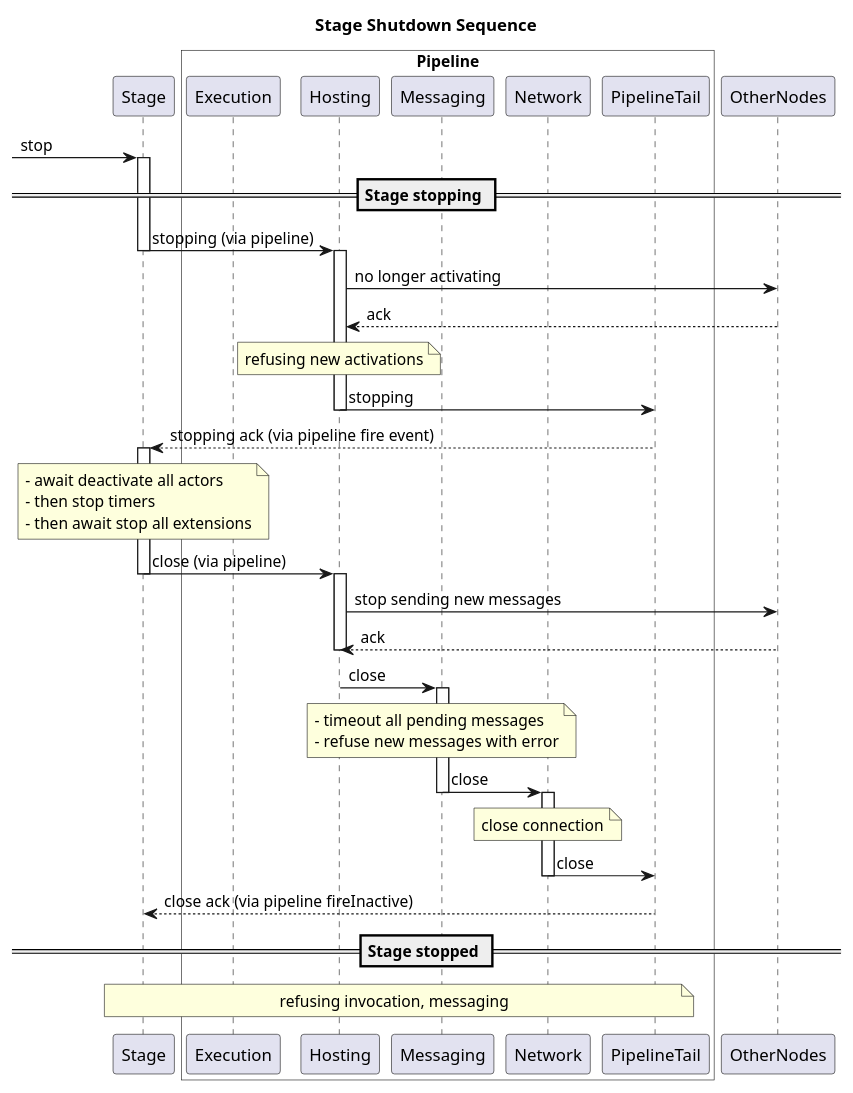
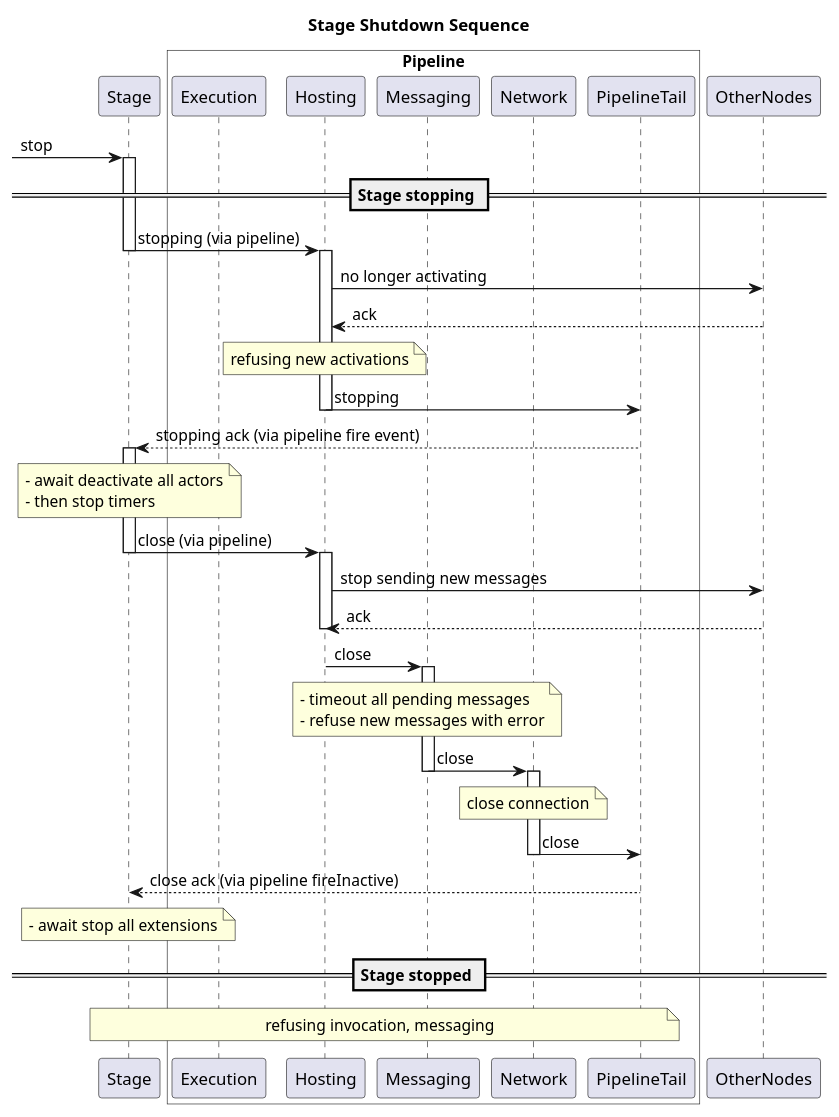
Before and after one commit to orbit/orbit: the diagram in actors/runtime/src/main/java/cloud/orbit/actors/runtime/shutdownSequence.puml, drawn with PlantUML. The commit also changed 1 other file, not shown here.

Commit message:
Shutdown extensions as the last step during stage shutdown. Addresses issue #149

```diff
--- a/actors/runtime/src/main/java/cloud/orbit/actors/runtime/shutdownSequence.puml
+++ b/actors/runtime/src/main/java/cloud/orbit/actors/runtime/shutdownSequence.puml
@@ -1,68 +1,71 @@
 @startuml
 
 title Stage Shutdown Sequence
 
 participant Stage
 box "Pipeline"  #White
 participant Execution
 participant Hosting
 participant Messaging
 participant Network
 participant PipelineTail
 end box
 participant OtherNodes
 [-> Stage : stop
 == Stage stopping ==
 activate Stage
 Stage -> Hosting : stopping (via pipeline)
 deactivate Stage
 activate Hosting
 Hosting  -> OtherNodes : no longer activating
 Hosting  <-- OtherNodes : ack
 note over Hosting
     refusing new activations
 end note
 Hosting -> PipelineTail : stopping
 deactivate Hosting
 
 Stage <-- PipelineTail : stopping ack (via pipeline fire event)
 activate Stage
 
 note over Stage
     - await deactivate all actors
     - then stop timers
-    - then await stop all extensions
 end note
 
 
 Stage -> Hosting: close (via pipeline)
 deactivate Stage
 
 activate Hosting
 Hosting  -> OtherNodes : stop sending new messages
 Hosting  <-- OtherNodes : ack
 deactivate Hosting
 Hosting -> Messaging : close
 note over Messaging
     - timeout all pending messages
     - refuse new messages with error
 end note
 activate Messaging
 Messaging -> Network : close
 deactivate Messaging
 activate Network
 note over Network
     close connection
 end note
 Network -> PipelineTail : close
 deactivate Network
 Stage <-- PipelineTail : close ack (via pipeline fireInactive)
 
+note over Stage
+    - await stop all extensions
+end note
+
 == Stage stopped ==
 
 note over Stage, PipelineTail
   refusing invocation, messaging
 end note
 
 
 @enduml
```
